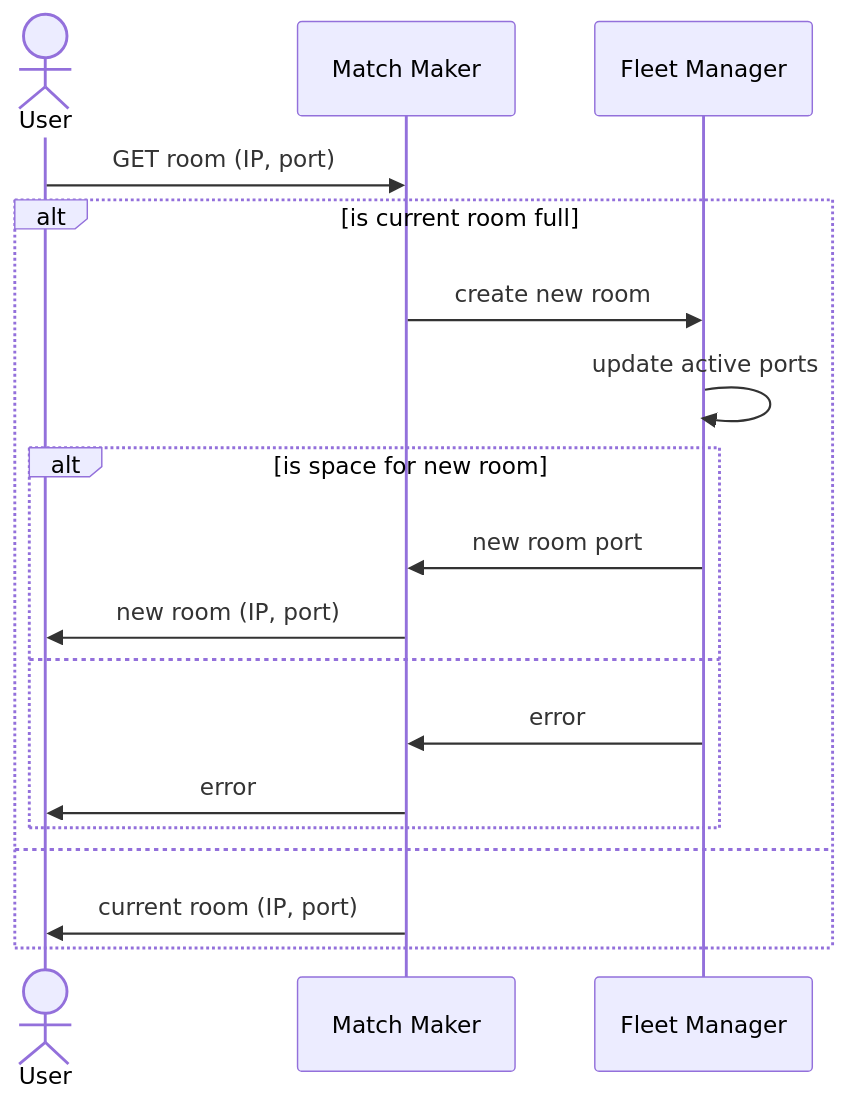
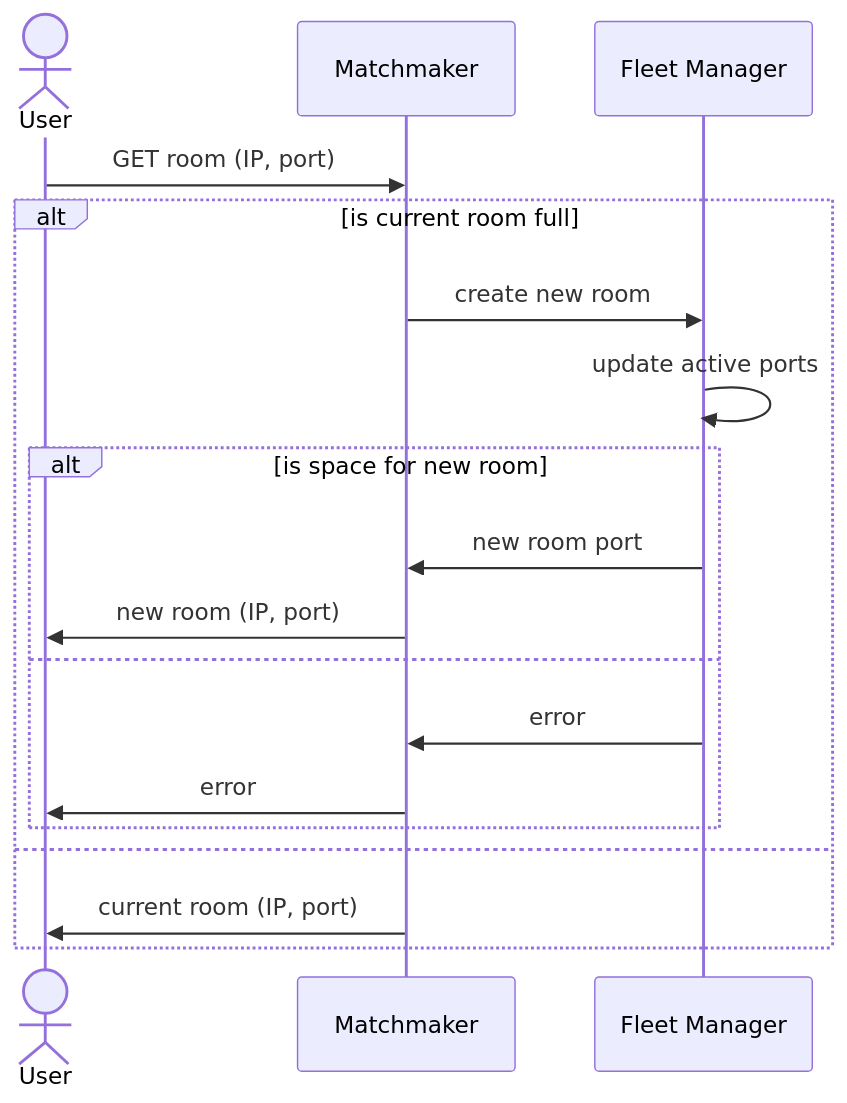
One commit to AdrKacz/super-duper-guacamole changed the fifth of 6 diagrams in README.md. Above: the diagram before and after it, drawn with Mermaid. The commit also changed other lines of this file, not shown here.

Commit message:
update diagrams

````diff
--- a/README.md
+++ b/README.md
@@ -152,20 +149,20 @@
 ```mermaid
 sequenceDiagram
     actor User
-    participant MM as Match Maker
+    participant MM as Matchmaker
     participant FM as Fleet Manager
     User ->> MM: GET room (IP, port)
     alt is current room full
         MM ->> FM: create new room
         FM ->> FM: update active ports
         alt is space for new room
             FM ->> MM: new room port
             MM ->> User: new room (IP, port)
         else
             FM ->> MM: error
             MM ->> User: error
         end
     else
       MM ->> User: current room (IP, port)
     end
 ```
````
